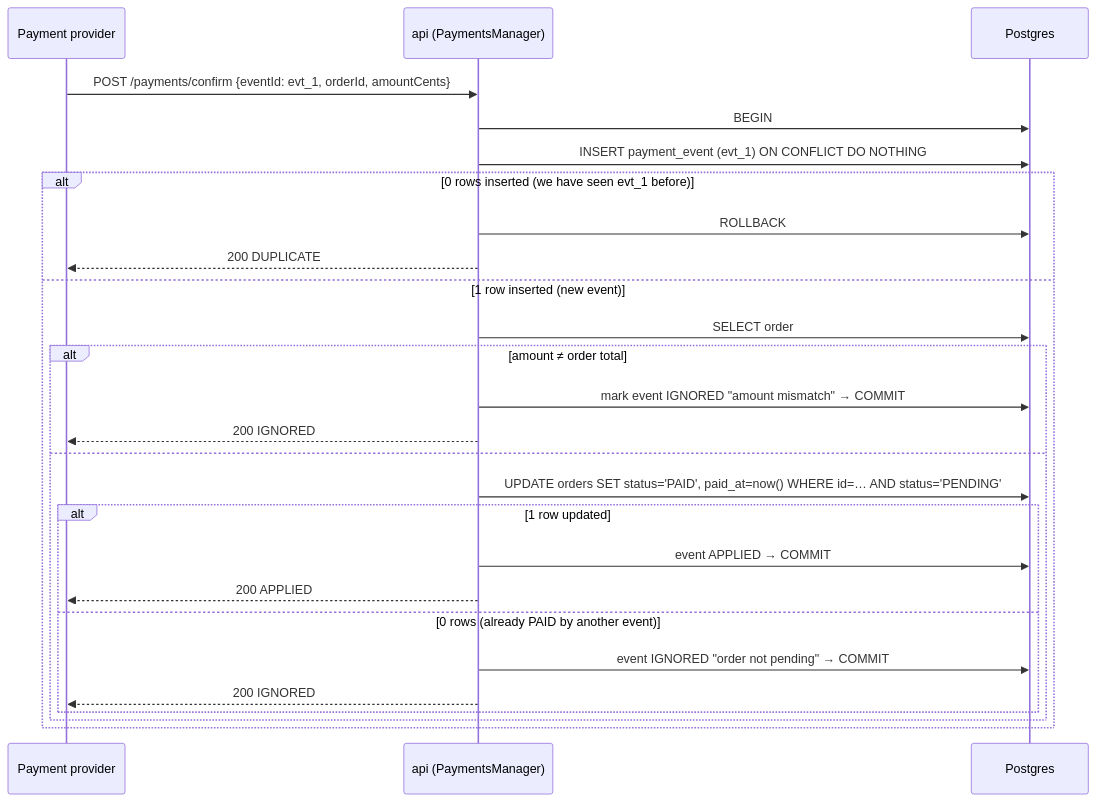
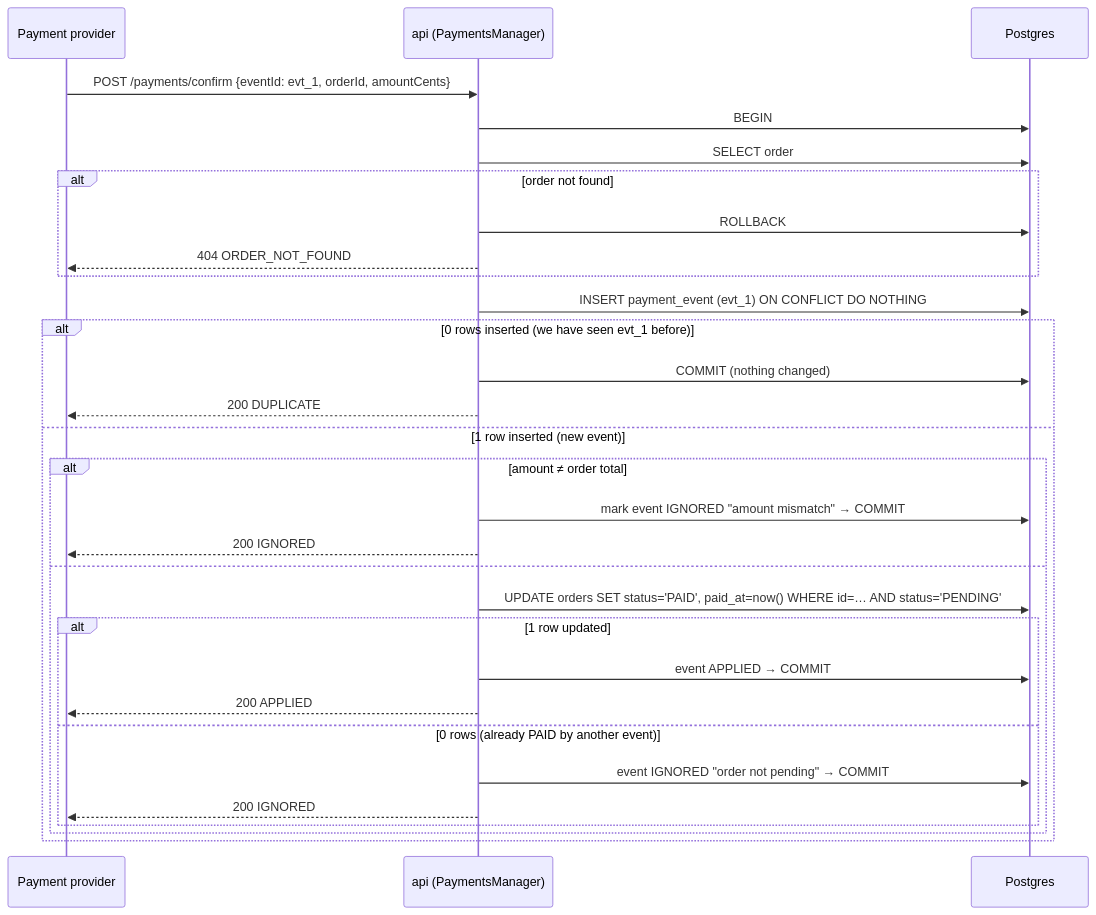
One commit to pitipume/noahs-kiosk changed the third of 5 diagrams in docs/03-flows.md. Above: the diagram before and after it, drawn with Mermaid. The commit also changed 12 other files, not shown here.

````diff
--- a/docs/03-flows.md
+++ b/docs/03-flows.md
@@ -57,28 +57,32 @@
 ```mermaid
 sequenceDiagram
     participant P as Payment provider
     participant A as api (PaymentsManager)
     participant D as Postgres
     P->>A: POST /payments/confirm {eventId: evt_1, orderId, amountCents}
     A->>D: BEGIN
+    A->>D: SELECT order
+    alt order not found
+        A->>D: ROLLBACK
+        A-->>P: 404 ORDER_NOT_FOUND
+    end
     A->>D: INSERT payment_event (evt_1) ON CONFLICT DO NOTHING
     alt 0 rows inserted (we have seen evt_1 before)
-        A->>D: ROLLBACK
+        A->>D: COMMIT (nothing changed)
         A-->>P: 200 DUPLICATE
     else 1 row inserted (new event)
-        A->>D: SELECT order
         alt amount ≠ order total
             A->>D: mark event IGNORED "amount mismatch" → COMMIT
             A-->>P: 200 IGNORED
         else
             A->>D: UPDATE orders SET status='PAID', paid_at=now() WHERE id=… AND status='PENDING'
             alt 1 row updated
                 A->>D: event APPLIED → COMMIT
                 A-->>P: 200 APPLIED
             else 0 rows (already PAID by another event)
                 A->>D: event IGNORED "order not pending" → COMMIT
                 A-->>P: 200 IGNORED
             end
         end
     end
 ```
````
